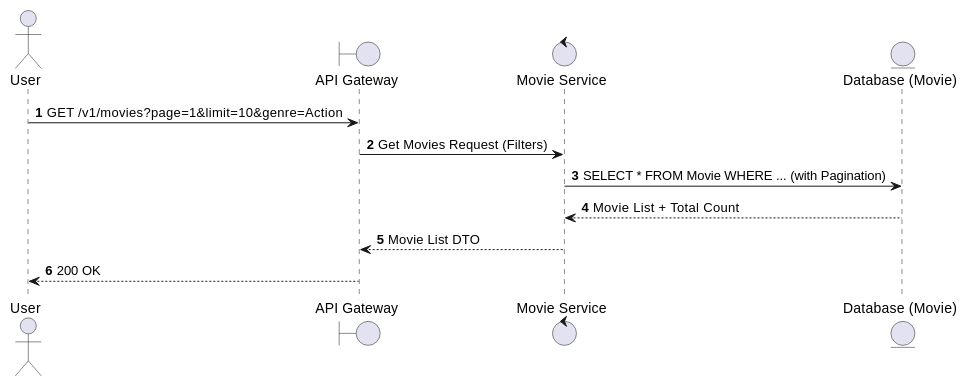
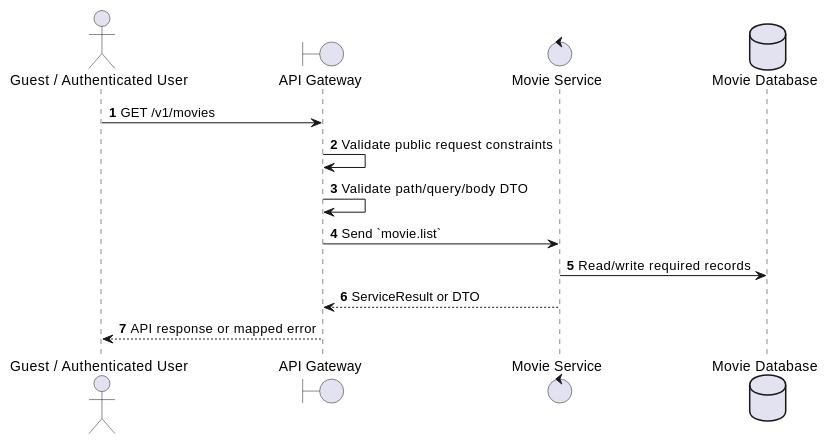
The first of 2 diagrams in docs/functional_specs/3.3.1_Movie_Catalog/MV-01_List_Movies.md (Tanh1603/movie-hub-architecture), drawn with PlantUML before and after one commit. The commit also changed other lines of this file and 126 other files, not shown here.

````diff
--- a/docs/functional_specs/3.3.1_Movie_Catalog/MV-01_List_Movies.md
+++ b/docs/functional_specs/3.3.1_Movie_Catalog/MV-01_List_Movies.md
@@ -17,16 +17,17 @@
 ```plantuml
 @startuml
 autonumber
-actor User
+actor "Guest / Authenticated User" as Actor
 boundary "API Gateway" as GW
-control "Movie Service" as MS
-entity "Database (Movie)" as DB
+control "Movie Service" as SVC
+database "Movie Database" as DB
 
-User -> GW: GET /v1/movies?page=1&limit=10&genre=Action
-GW -> MS: Get Movies Request (Filters)
-MS -> DB: SELECT * FROM Movie WHERE ... (with Pagination)
-DB --> MS: Movie List + Total Count
-MS --> GW: Movie List DTO
-GW --> User: 200 OK
+Actor -> GW: GET /v1/movies
+GW -> GW: Validate public request constraints
+GW -> GW: Validate path/query/body DTO
+GW -> SVC: Send `movie.list`
+SVC -> DB: Read/write required records
+SVC --> GW: ServiceResult or DTO
+GW --> Actor: API response or mapped error
 @enduml
 ```
````
